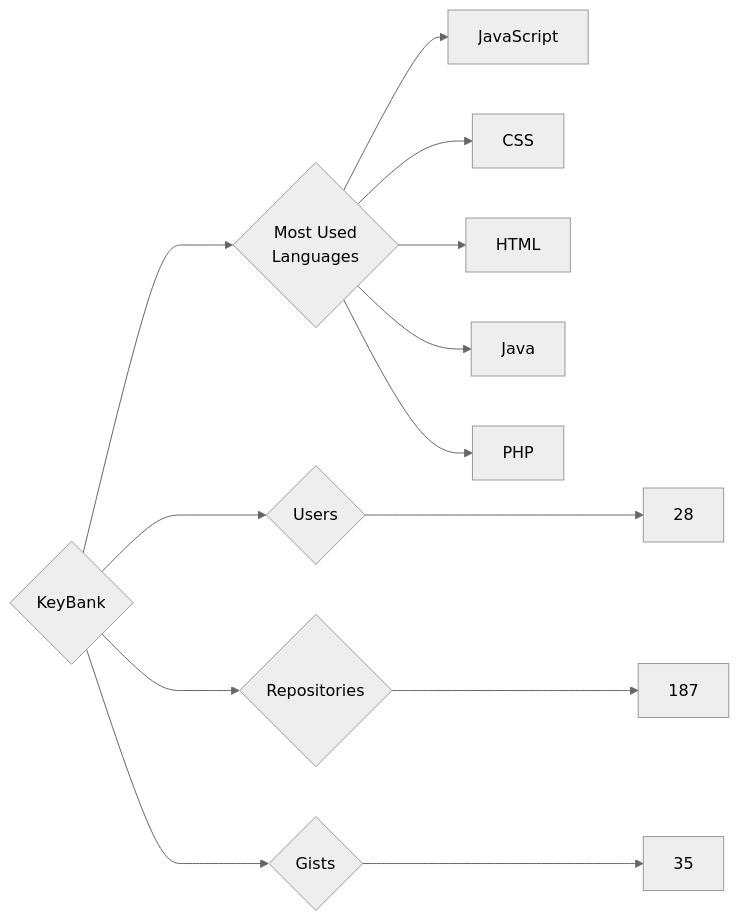
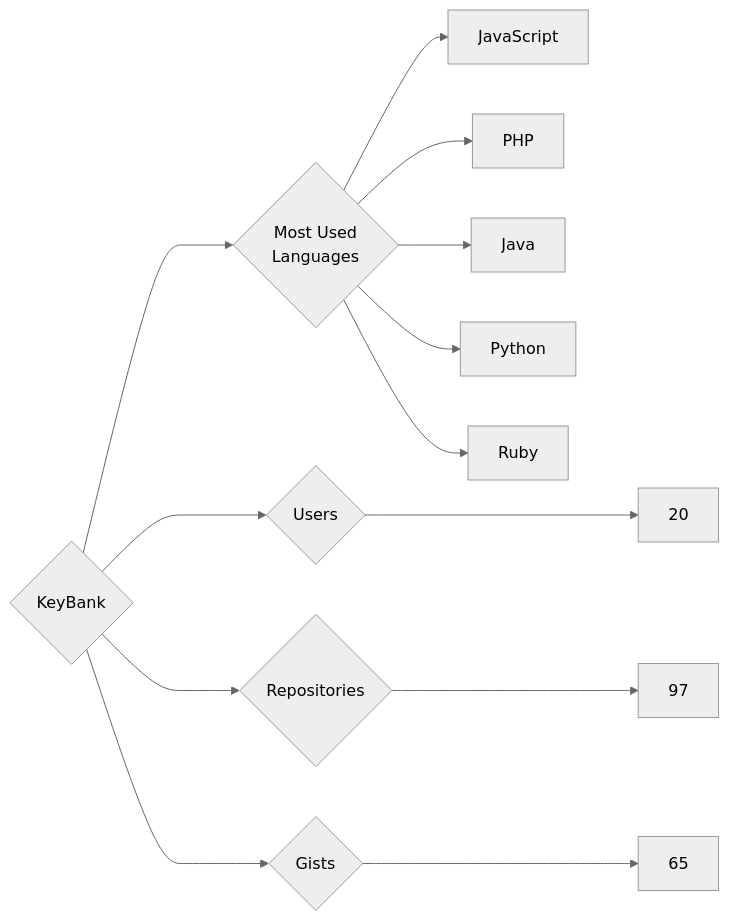
One commit to trickest/insiders changed the diagram in targets/KeyBank/README.md. Above: the diagram before and after it, drawn with Mermaid (neutral theme). The commit also changed 944 other files, not shown here.

````diff
--- a/targets/KeyBank/README.md
+++ b/targets/KeyBank/README.md
@@ -3,13 +3,13 @@
 ```mermaid
 graph LR
 COMPANY_NAME{KeyBank}
-COMPANY_NAME ---> U{Users} ---> UN[28]
-COMPANY_NAME ---> R{Repositories} ---> RN[187]
-COMPANY_NAME ---> G{Gists} ---> GN[35]
+COMPANY_NAME ---> U{Users} ---> UN[20]
+COMPANY_NAME ---> R{Repositories} ---> RN[97]
+COMPANY_NAME ---> G{Gists} ---> GN[65]
 COMPANY_NAME ---> ML{Most Used<br>Languages}
 ML --> JavaScript[JavaScript]
-ML --> CSS[CSS]
-ML --> HTML[HTML]
+ML --> PHP[PHP]
 ML --> Java[Java]
-ML --> PHP[PHP]
+ML --> Python[Python]
+ML --> Ruby[Ruby]
 ```
````
